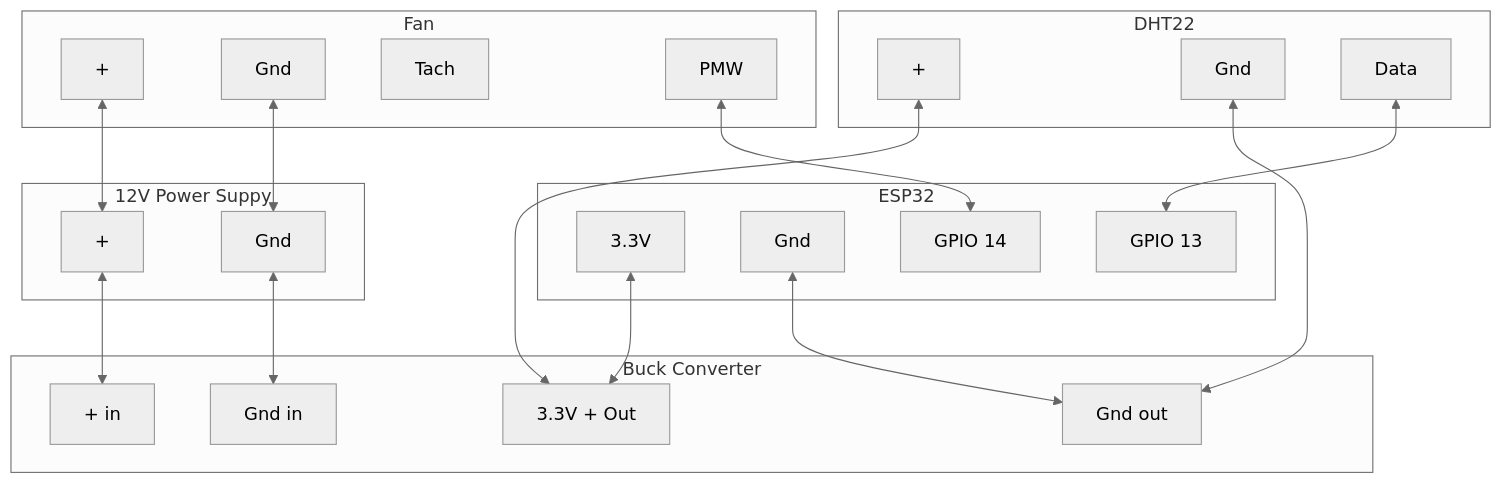
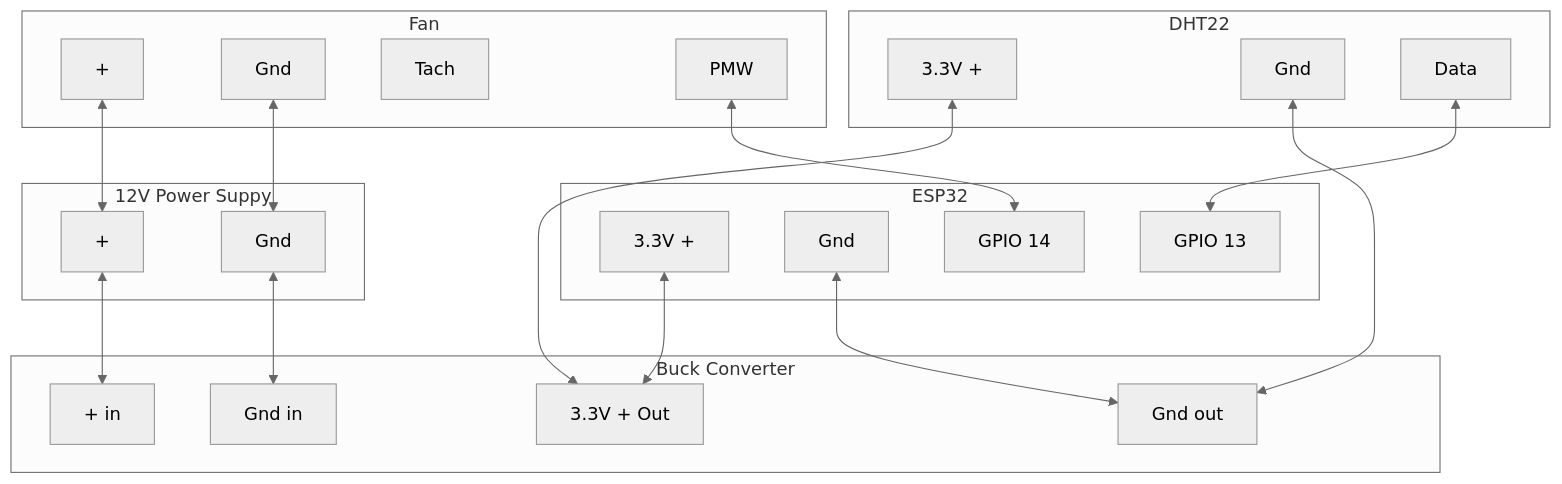
Before and after one commit to dpetzel/labrax-fan-controller: the diagram in README.md, drawn with Mermaid (neutral theme). The commit also changed other lines of this file and 2 other files, not shown here.

Commit message:
Adding pinout diagram

````diff
--- a/README.md
+++ b/README.md
@@ -31,51 +31,51 @@
 ```mermaid
 flowchart TD
     subgraph ESP32
-        esp_33[3.3V]
+        esp_33[3.3V +]
         esp_gnd[Gnd]
         esp13[GPIO 13]
         esp14[GPIO 14]
     end
 
     subgraph 12V Power Suppy
         12v+[+]
         12v-[Gnd]
     end
 
     subgraph DHT22
-        dht+[+]
+        dht+[3.3V +]
         dht-[Gnd]
         dhtData[Data]
     end
 
     subgraph buck[Buck Converter]
         buckIn+[+ in]
         buckIn-[Gnd in]
         buckOut+[3.3V + Out]
         buckOut-[Gnd out]
     end
 
     subgraph Fan
         fan+[+]
         fan-[Gnd]
         fanTach[Tach]
         fanPmw[PMW]
     end
 
     dhtData <--> esp13
 
     fanPmw <--> esp14
 
     12v+ <--> buckIn+
     12v- <--> buckIn-
 
     fan+ <--> 12v+
     fan- <--> 12v-
 
     dht+ <--> buckOut+
     dht- <--> buckOut-
     
 
     esp_33 <--> buckOut+
     esp_gnd <--> buckOut-
 ```
````
